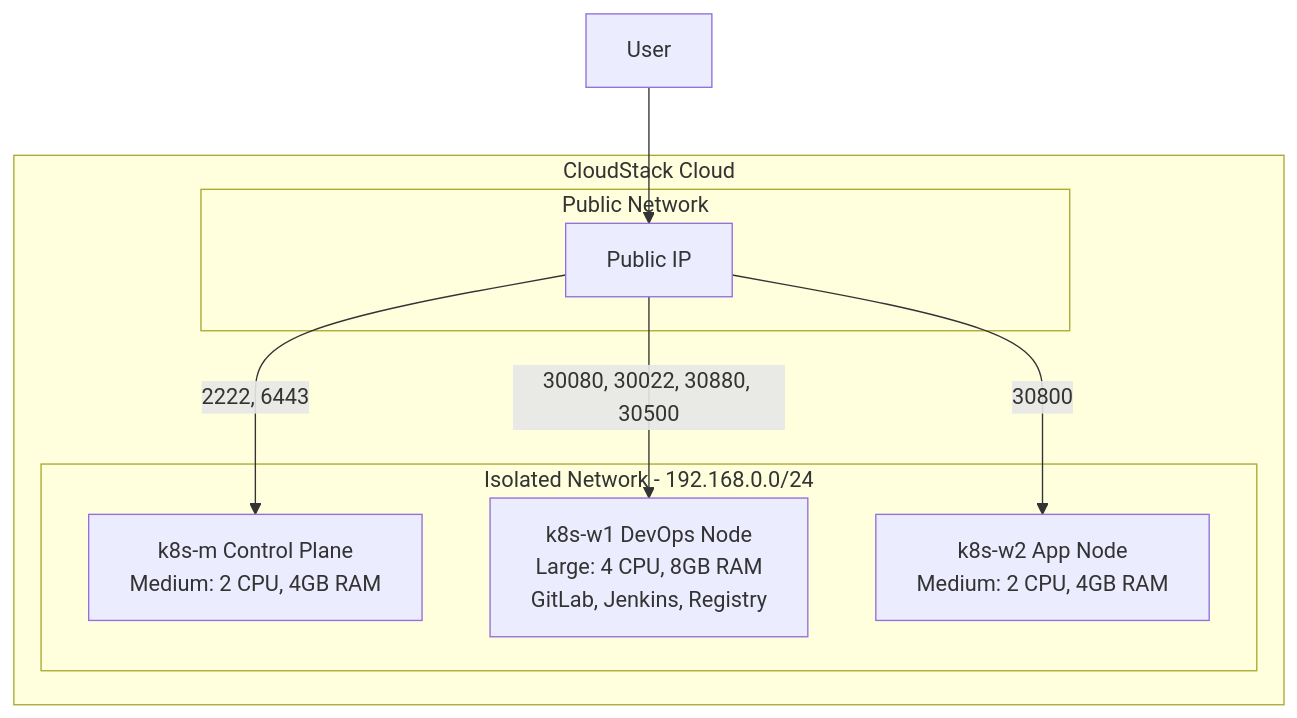
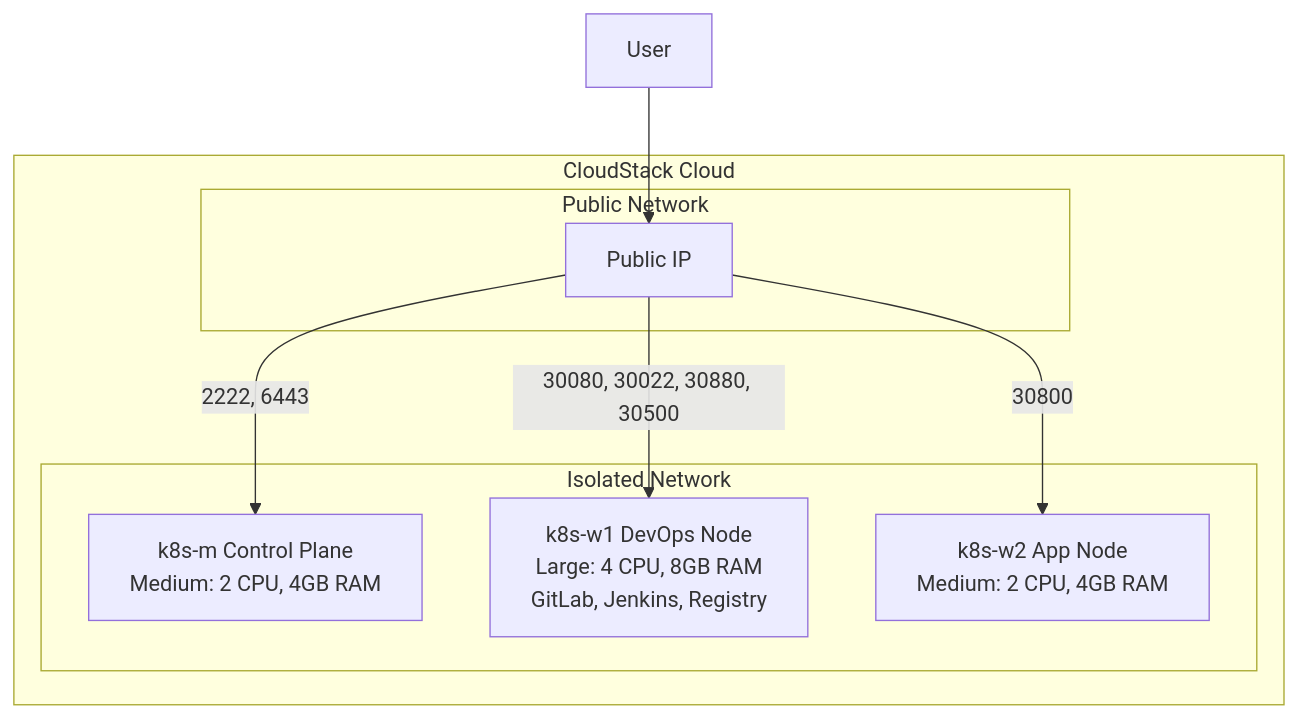
Before and after one commit to DvwN-Lee/k8s-cicd-automation: the first of 2 diagrams in README.md, drawn with Mermaid. The commit also changed other lines of this file, not shown here.

````diff
--- a/README.md
+++ b/README.md
@@ -172,20 +172,20 @@
 ```mermaid
 graph TB
     User["User"] --> PIP
 
     subgraph CloudStack["CloudStack Cloud"]
         subgraph PublicNetwork["Public Network"]
             PIP["Public IP"]
         end
 
-        subgraph IsolatedNetwork["Isolated Network - 192.168.0.0/24"]
+        subgraph IsolatedNetwork["Isolated Network"]
             Master["k8s-m Control Plane<br/>Medium: 2 CPU, 4GB RAM"]
             Worker1["k8s-w1 DevOps Node<br/>Large: 4 CPU, 8GB RAM<br/>GitLab, Jenkins, Registry"]
             Worker2["k8s-w2 App Node<br/>Medium: 2 CPU, 4GB RAM"]
         end
     end
 
     PIP -->|"2222, 6443"| Master
     PIP -->|"30080, 30022, 30880, 30500"| Worker1
     PIP -->|"30800"| Worker2
 ```
````
